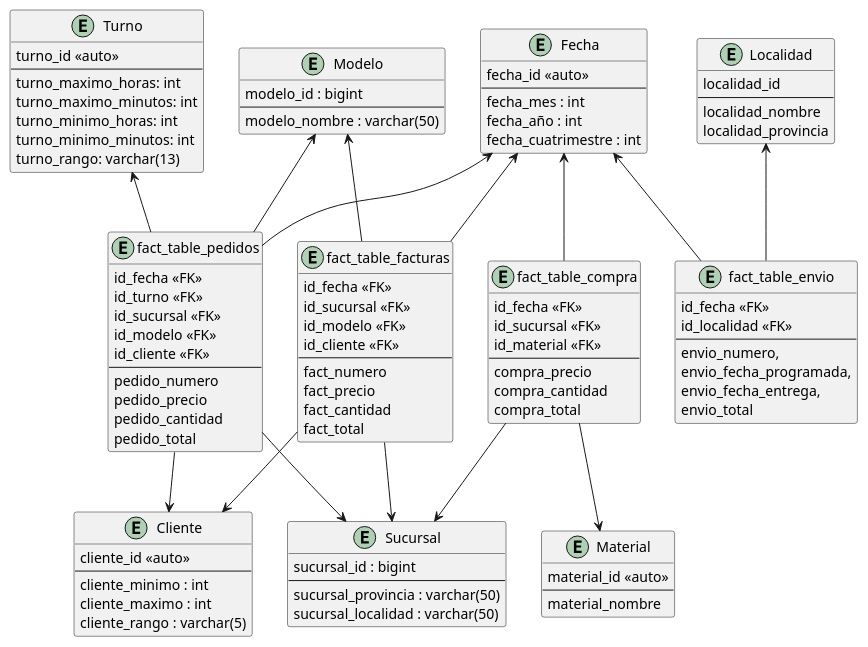
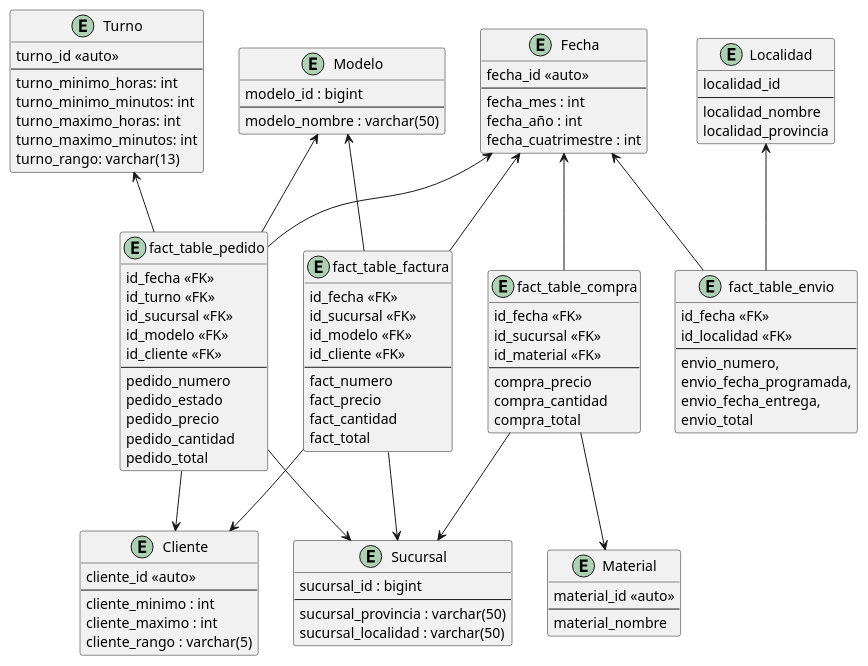
One commit to JuanManuelRama/BasesDeDatos changed the diagram in BI.puml. Above: the diagram before and after it, drawn with PlantUML. The commit also changed 1 other file, not shown here.

```diff
--- a/BI.puml
+++ b/BI.puml
@@ -1,122 +1,123 @@
 @startuml BI
 hide methods
 
 entity Sucursal {
     sucursal_id : bigint
     --
     sucursal_provincia : varchar(50)
     sucursal_localidad : varchar(50)
 }
 
 entity Cliente {
     cliente_id <<auto>>
     --
     cliente_minimo : int
     cliente_maximo : int
     cliente_rango : varchar(5)
 }
 
 entity Modelo {
     modelo_id : bigint
     --
     modelo_nombre : varchar(50)
 }
 
 entity Fecha {
     fecha_id <<auto>>
     --
     fecha_mes : int
     fecha_año : int
     fecha_cuatrimestre : int
 }
 
 entity Material {
     material_id <<auto>>
     --
     material_nombre
 }
 
 entity Turno {
     turno_id <<auto>>
     --
+    turno_minimo_horas: int
+    turno_minimo_minutos: int
     turno_maximo_horas: int
     turno_maximo_minutos: int
-    turno_minimo_horas: int
-    turno_minimo_minutos: int
     turno_rango: varchar(13)
 }
 
 entity Localidad {
     localidad_id
     --
     localidad_nombre
     localidad_provincia
 }
 
-entity fact_table_facturas {
+entity fact_table_factura {
     id_fecha <<FK>>
     id_sucursal <<FK>>
     id_modelo <<FK>>
     id_cliente <<FK>>
     --
     fact_numero
     fact_precio
     fact_cantidad
     fact_total
 }
 
 entity fact_table_compra {
     id_fecha <<FK>>
     id_sucursal <<FK>>
     id_material <<FK>>
     --
     compra_precio
     compra_cantidad
     compra_total
 }
 
-entity fact_table_pedidos {
+entity fact_table_pedido {
     id_fecha <<FK>>
     id_turno <<FK>>
     id_sucursal <<FK>>
     id_modelo <<FK>>
     id_cliente <<FK>>
     --
     pedido_numero
+    pedido_estado
     pedido_precio
     pedido_cantidad
     pedido_total
 }
 
 entity fact_table_envio {
     id_fecha <<FK>>
     id_localidad <<FK>>
     --
 	envio_numero,
 	envio_fecha_programada,
 	envio_fecha_entrega,
 	envio_total 
 }
 
 
-fact_table_facturas --> Cliente
-fact_table_facturas --> Sucursal
-Fecha <-- fact_table_facturas
-Modelo <-- fact_table_facturas
+fact_table_factura --> Cliente
+fact_table_factura --> Sucursal
+Fecha <-- fact_table_factura
+Modelo <-- fact_table_factura
 
 Fecha <-- fact_table_compra
 fact_table_compra --> Sucursal
 fact_table_compra --> Material
 
-fact_table_pedidos --> Cliente
-fact_table_pedidos --> Sucursal
-Fecha <-- fact_table_pedidos
-Modelo <-- fact_table_pedidos
-Turno <-- fact_table_pedidos
+fact_table_pedido --> Cliente
+fact_table_pedido --> Sucursal
+Fecha <-- fact_table_pedido
+Modelo <-- fact_table_pedido
+Turno <-- fact_table_pedido
 
 
 
 Fecha <-- fact_table_envio
 Localidad <-- fact_table_envio
 
 @enduml
```
